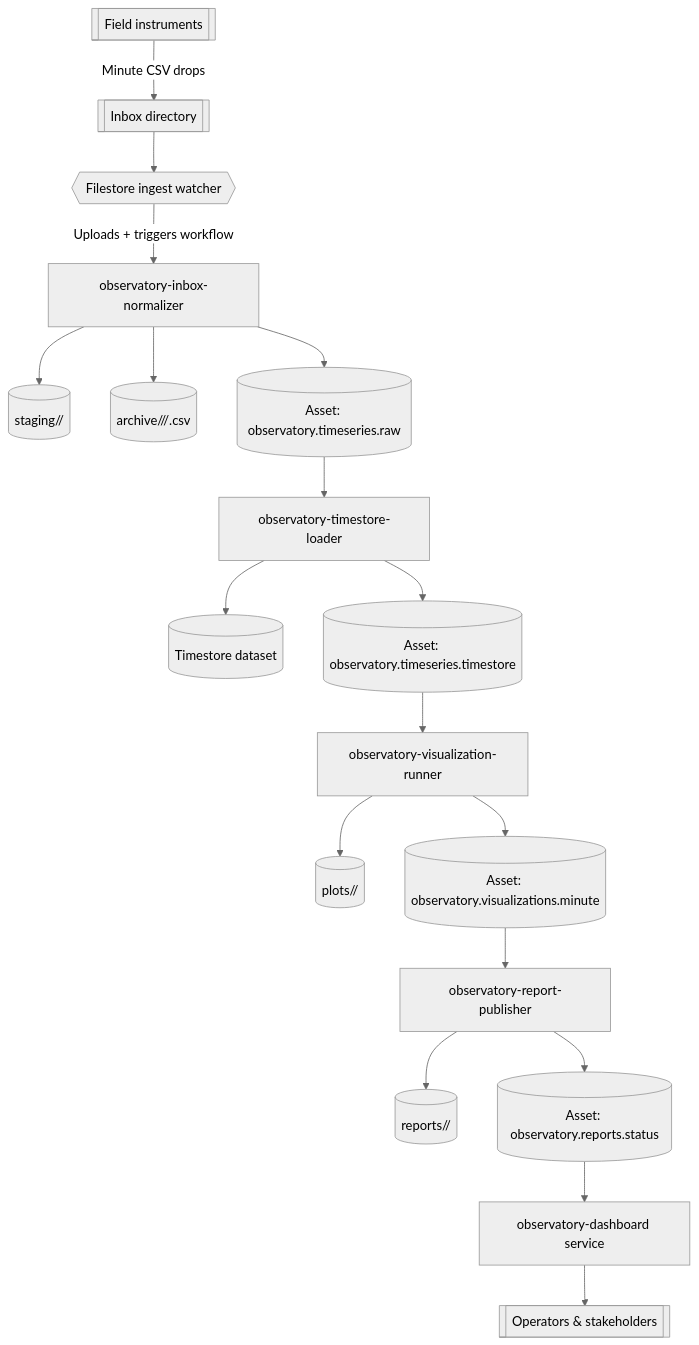
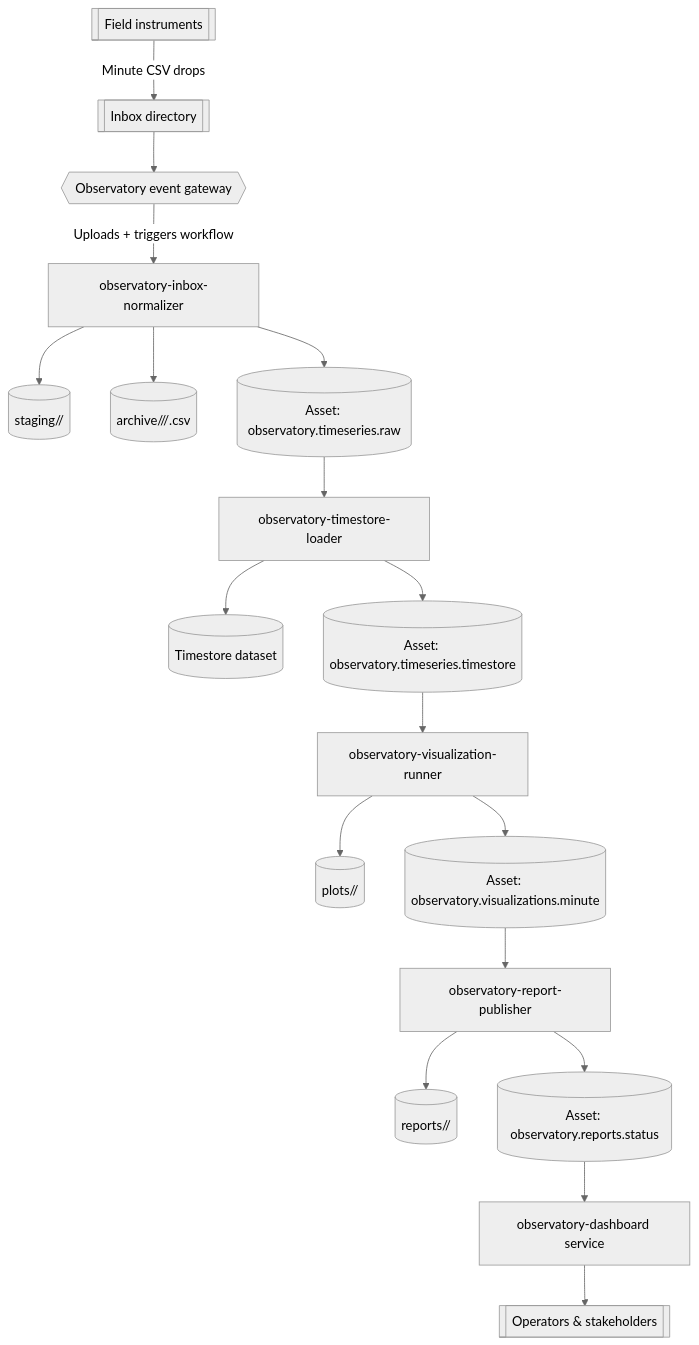
The diagram in docs/environmental-observatory-workflows.md (benediktbwimmer/apphub), drawn with Mermaid (neutral theme) before and after one commit. The commit also changed other lines of this file and 14 other files, not shown here.

````diff
--- a/docs/environmental-observatory-workflows.md
+++ b/docs/environmental-observatory-workflows.md
@@ -22,20 +22,20 @@
 ```mermaid
 graph TD
   Instruments[[Field instruments]] -->|Minute CSV drops| Inbox[[Inbox directory]]
-  Inbox --> Watcher{{Filestore ingest watcher}}
-  Watcher -->|Uploads + triggers workflow| Normalizer[observatory-inbox-normalizer]
+  Inbox --> Gateway{{Observatory event gateway}}
+  Gateway -->|Uploads + triggers workflow| Normalizer[observatory-inbox-normalizer]
   Normalizer --> Staging[(staging/<minute>/)]
   Normalizer --> Archive[(archive/<instrument>/<hour>/<minute>.csv)]
   Normalizer --> RawAsset[(Asset: observatory.timeseries.raw)]
   RawAsset --> Loader[observatory-timestore-loader]
   Loader --> Timestore[(Timestore dataset)]
   Loader --> TimestoreAsset[(Asset: observatory.timeseries.timestore)]
   TimestoreAsset --> Visualization[observatory-visualization-runner]
   Visualization --> Plots[(plots/<minute>/)]
   Visualization --> VizAsset[(Asset: observatory.visualizations.minute)]
   VizAsset --> Reporter[observatory-report-publisher]
   Reporter --> Reports[(reports/<minute>/)]
   Reporter --> ReportAsset[(Asset: observatory.reports.status)]
   ReportAsset --> Dashboard[observatory-dashboard service]
   Dashboard --> Viewers[[Operators & stakeholders]]
 ```
````
